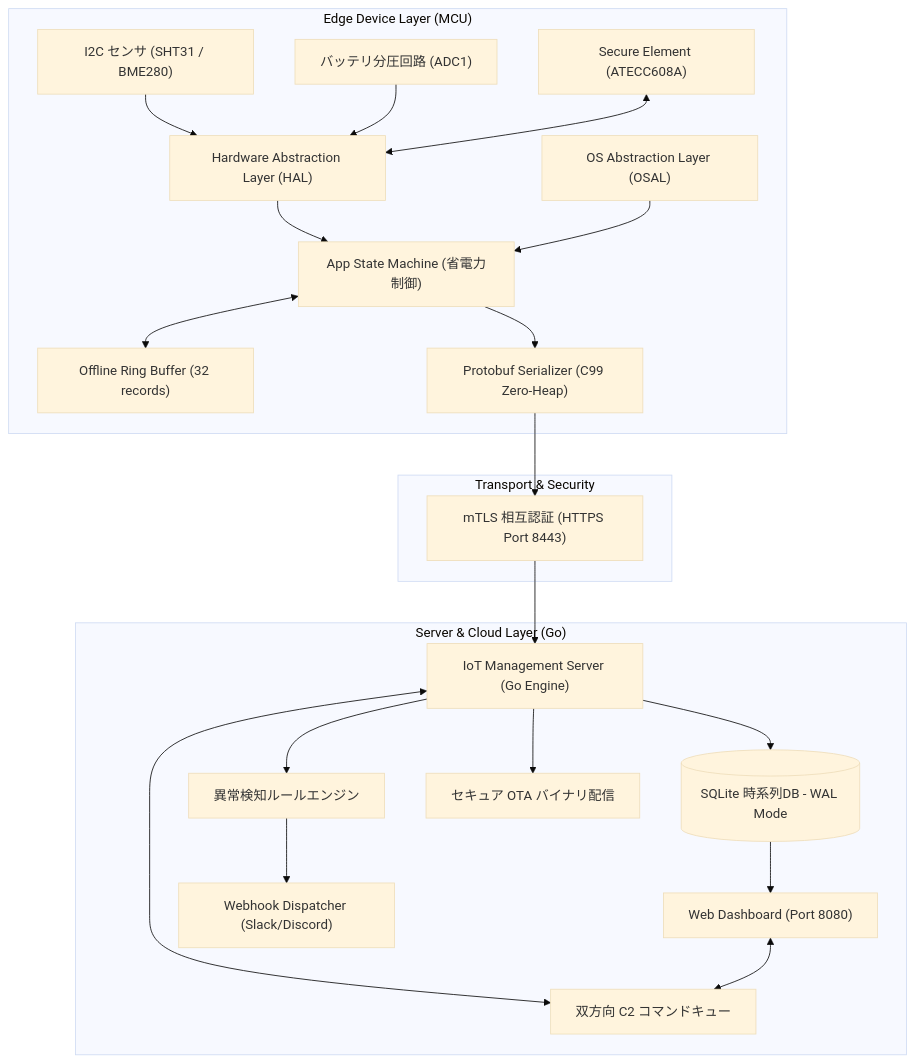
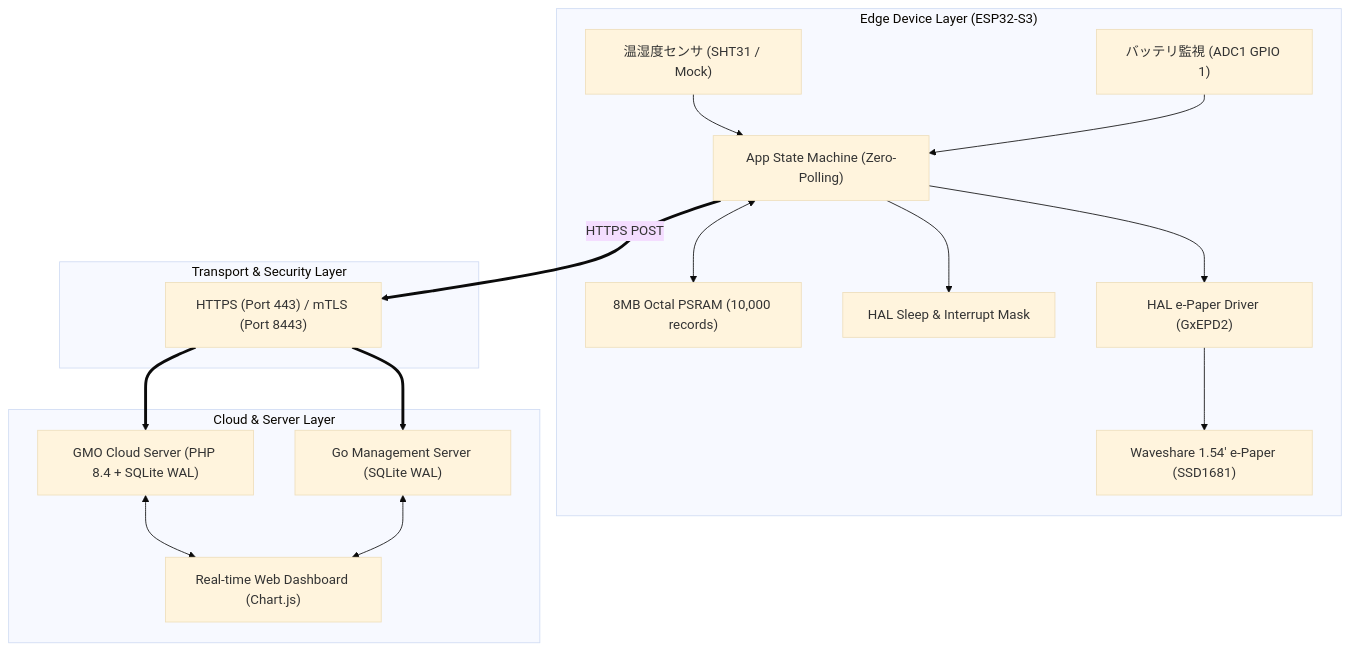
The diagram in docs/SYSTEM_SPECIFICATION.md (iotdevicebus-web/IotServer), drawn with Mermaid (base theme) before and after one commit. The commit also changed other lines of this file and 5 other files, not shown here.

Commit message:
docs: v1.1.0 - update all HTML and Markdown manuals with Waveshare e-Paper, GMO production cloud server, and C2 specifications

````diff
--- a/docs/SYSTEM_SPECIFICATION.md
+++ b/docs/SYSTEM_SPECIFICATION.md
@@ -58,45 +56,36 @@
 ```mermaid
 graph TB
-    subgraph "Edge Device Layer (MCU)"
-        Sensors["I2C センサ (SHT31 / BME280)"]
-        ADC["バッテリ分圧回路 (ADC1)"]
-        SE["Secure Element (ATECC608A)"]
+    subgraph "Edge Device Layer (ESP32-S3)"
+        Sensors["温湿度センサ (SHT31 / Mock)"]
+        ADC["バッテリ監視 (ADC1 GPIO 1)"]
+        EPD["Waveshare 1.54' e-Paper (SSD1681)"]
+        PSRAM["8MB Octal PSRAM (10,000 records)"]
         
-        HAL["Hardware Abstraction Layer (HAL)"]
-        OSAL["OS Abstraction Layer (OSAL)"]
+        HAL_SLEEP["HAL Sleep & Interrupt Mask"]
+        HAL_EPD["HAL e-Paper Driver (GxEPD2)"]
         
-        App["App State Machine (省電力制御)"]
-        Buf["Offline Ring Buffer (32 records)"]
-        Proto["Protobuf Serializer (C99 Zero-Heap)"]
+        App["App State Machine (Zero-Polling)"]
         
-        Sensors & ADC --> HAL
-        SE <--> HAL
-        HAL & OSAL --> App
-        App <--> Buf
-        App --> Proto
+        Sensors & ADC --> App
+        App --> HAL_EPD --> EPD
+        App <--> PSRAM
+        App --> HAL_SLEEP
     end
 
-    subgraph "Transport & Security"
-        mTLS["mTLS 相互認証 (HTTPS Port 8443)"]
-        Proto --> mTLS
+    subgraph "Transport & Security Layer"
+        HTTPS["HTTPS (Port 443) / mTLS (Port 8443)"]
     end
 
-    subgraph "Server & Cloud Layer (Go)"
-        Server["IoT Management Server (Go Engine)"]
-        mTLS --> Server
+    subgraph "Cloud & Server Layer"
+        GMO["GMO Cloud Server (PHP 8.4 + SQLite WAL)"]
+        GO_SRV["Go Management Server (SQLite WAL)"]
+        WebUI["Real-time Web Dashboard (Chart.js)"]
         
-        Rule["異常検知ルールエンジン"]
-        C2["双方向 C2 コマンドキュー"]
-        DB[(SQLite 時系列DB - WAL Mode)]
-        OTA["セキュア OTA バイナリ配信"]
-        Web["Web Dashboard (Port 8080)"]
-        Hook["Webhook Dispatcher (Slack/Discord)"]
-        
-        Server --> DB
-        Server --> Rule --> Hook
-        Server <--> C2
-        Server --> OTA
-        DB --> Web
-        Web <--> C2
+        GMO <--> WebUI
+        GO_SRV <--> WebUI
     end
+
+    App == "HTTPS POST" ==> HTTPS
+    HTTPS ==> GMO
+    HTTPS ==> GO_SRV
 ```
````
